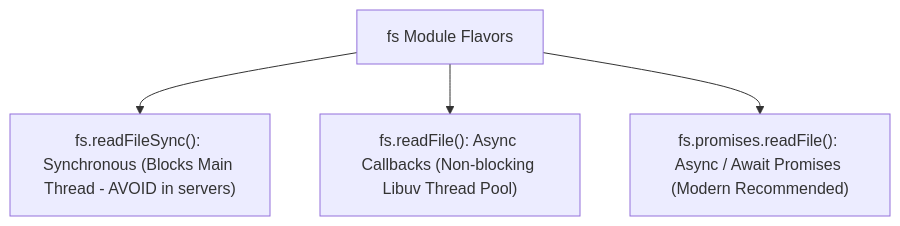
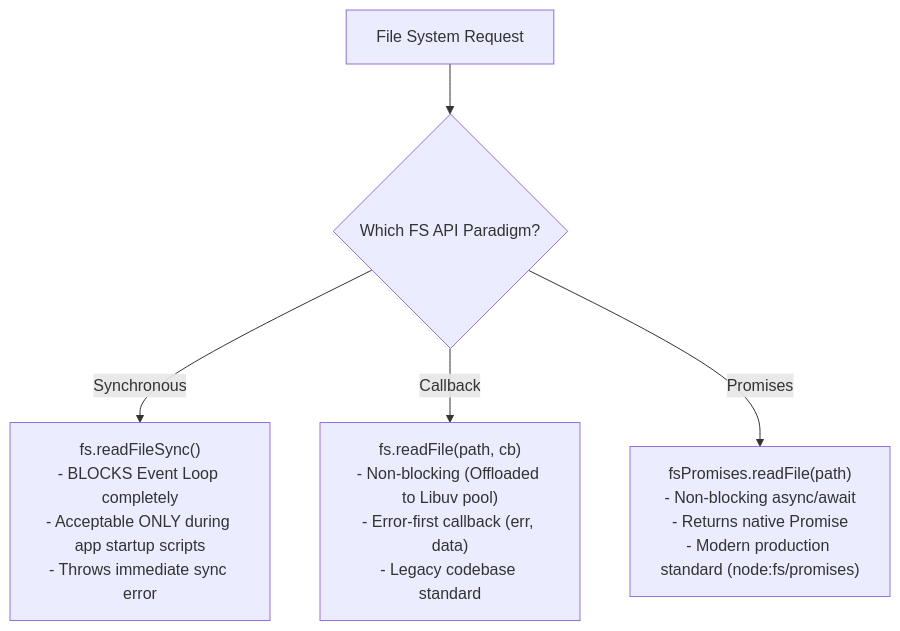
The second of 2 diagrams in nodejs-notes/07-fs-sync-and-async.md (Amie-dev/engineering-playbook), drawn with Mermaid before and after one commit. The commit also changed other lines of this file and 32 other files, not shown here.

````diff
--- a/nodejs-notes/07-fs-sync-and-async.md
+++ b/nodejs-notes/07-fs-sync-and-async.md
@@ -10,6 +44,10 @@
 ```mermaid
-graph TD
-    FS[fs Module Flavors] --> Sync["fs.readFileSync(): Synchronous (Blocks Main Thread - AVOID in servers)"]
-    FS --> Callback["fs.readFile(): Async Callbacks (Non-blocking Libuv Thread Pool)"]
-    FS --> Promise["fs.promises.readFile(): Async / Await Promises (Modern Recommended)"]
+flowchart TD
+    FSCall[File System Request] --> Choice{Which FS API Paradigm?}
+    
+    Choice -- Synchronous --> SyncMode["fs.readFileSync()<br/>- BLOCKS Event Loop completely<br/>- Acceptable ONLY during app startup scripts<br/>- Throws immediate sync error"]
+
+    Choice -- Callback --> CBMode["fs.readFile(path, cb)<br/>- Non-blocking (Offloaded to Libuv pool)<br/>- Error-first callback (err, data)<br/>- Legacy codebase standard"]
+
+    Choice -- Promises --> PromiseMode["fsPromises.readFile(path)<br/>- Non-blocking async/await<br/>- Returns native Promise<br/>- Modern production standard (node:fs/promises)"]
 ```
````
